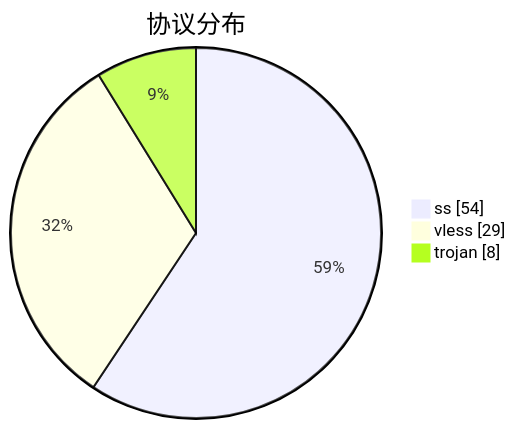
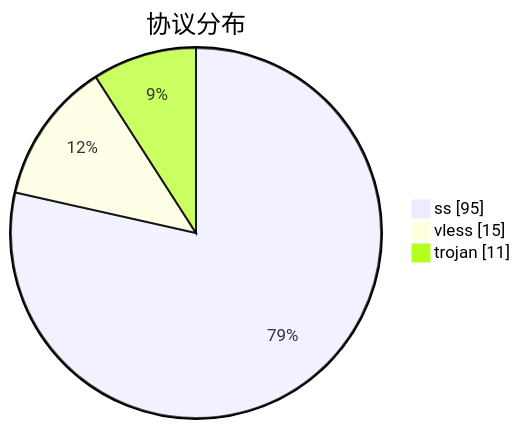
Before and after one commit to qjlxg/airport: the third of 3 diagrams in subs/statistics/tested_within.md, drawn with Mermaid. The commit also changed other lines of this file and 2 other files, not shown here.

````diff
--- a/subs/statistics/tested_within.md
+++ b/subs/statistics/tested_within.md
@@ -27,7 +28,7 @@
 ```mermaid
 pie showData
 title 协议分布
-"ss" : 54
-"vless" : 29
-"trojan" : 8
+"ss" : 95
+"vless" : 15
+"trojan" : 11
 ```
````
